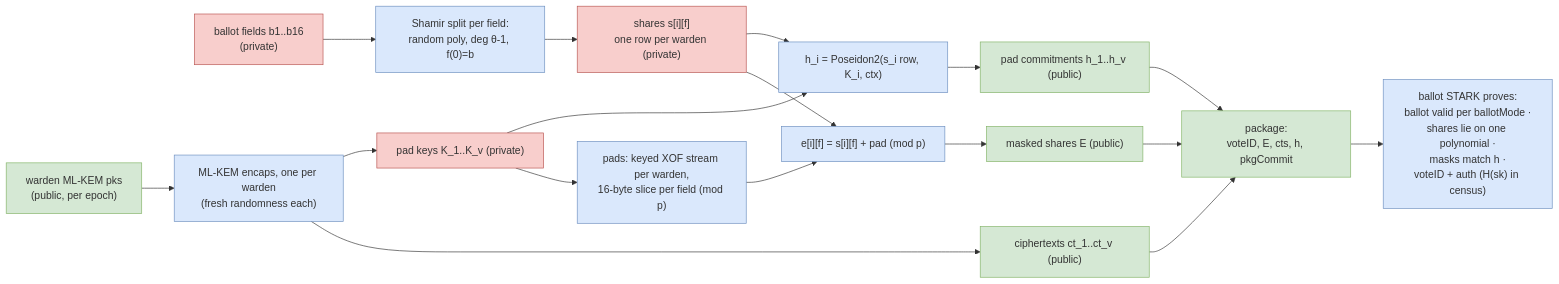
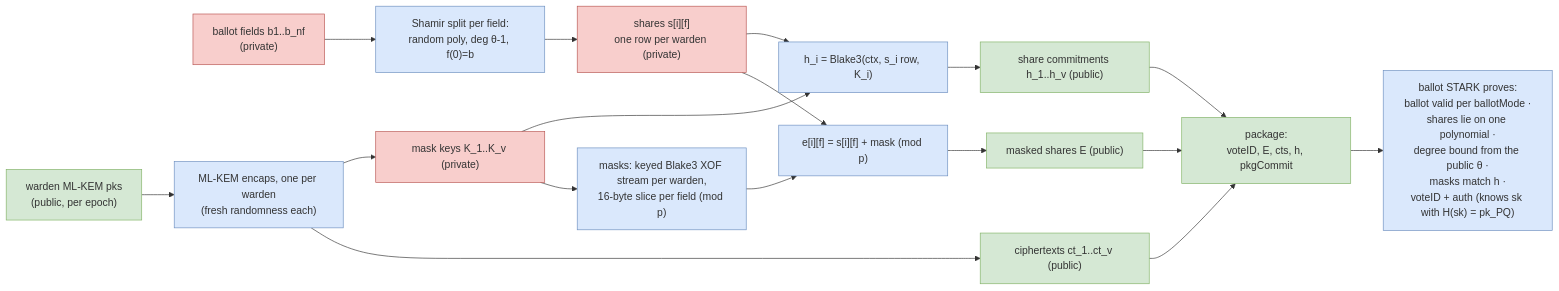
One commit to vocdoni/davinci-paper changed the diagram in v3-pq/figures/src/ballot-package.mmd. Above: the diagram before and after it, drawn with Mermaid. The commit also changed 30 other files, not shown here.

```diff
--- a/v3-pq/figures/src/ballot-package.mmd
+++ b/v3-pq/figures/src/ballot-package.mmd
@@ -1,20 +1,20 @@
 flowchart LR
   classDef priv fill:#f8cecc,stroke:#b85450;
   classDef pub fill:#d5e8d4,stroke:#82b366;
   classDef op fill:#dae8fc,stroke:#6c8ebf;
-  B["ballot fields b1..b16<br/>(private)"]:::priv --> SH["Shamir split per field:<br/>random poly, deg θ-1, f(0)=b"]:::op
+  B["ballot fields b1..b_nf<br/>(private)"]:::priv --> SH["Shamir split per field:<br/>random poly, deg θ-1, f(0)=b"]:::op
   SH --> S["shares s[i][f]<br/>one row per warden (private)"]:::priv
   PK["warden ML-KEM pks<br/>(public, per epoch)"]:::pub --> KEM["ML-KEM encaps, one per warden<br/>(fresh randomness each)"]:::op
   KEM --> CT["ciphertexts ct_1..ct_v (public)"]:::pub
-  KEM --> K["pad keys K_1..K_v (private)"]:::priv
-  K --> PRF["pads: keyed XOF stream per warden,<br/>16-byte slice per field (mod p)"]:::op
-  S --> ADD["e[i][f] = s[i][f] + pad (mod p)"]:::op
+  KEM --> K["mask keys K_1..K_v (private)"]:::priv
+  K --> PRF["masks: keyed Blake3 XOF stream per warden,<br/>16-byte slice per field (mod p)"]:::op
+  S --> ADD["e[i][f] = s[i][f] + mask (mod p)"]:::op
   PRF --> ADD
   ADD --> E["masked shares E (public)"]:::pub
-  S --> HH["h_i = Poseidon2(s_i row, K_i, ctx)"]:::op
+  S --> HH["h_i = Blake3(ctx, s_i row, K_i)"]:::op
   K --> HH
-  HH --> HC["pad commitments h_1..h_v (public)"]:::pub
+  HH --> HC["share commitments h_1..h_v (public)"]:::pub
   E --> PKG["package:<br/>voteID, E, cts, h, pkgCommit"]:::pub
   CT --> PKG
   HC --> PKG
-  PKG --> STARK["ballot STARK proves:<br/>ballot valid per ballotMode ·<br/>shares lie on one polynomial ·<br/>masks match h ·<br/>voteID + auth (H(sk) in census)"]:::op
+  PKG --> STARK["ballot STARK proves:<br/>ballot valid per ballotMode ·<br/>shares lie on one polynomial ·<br/>degree bound from the public θ ·<br/>masks match h ·<br/>voteID + auth (knows sk with H(sk) = pk_PQ)"]:::op
```
